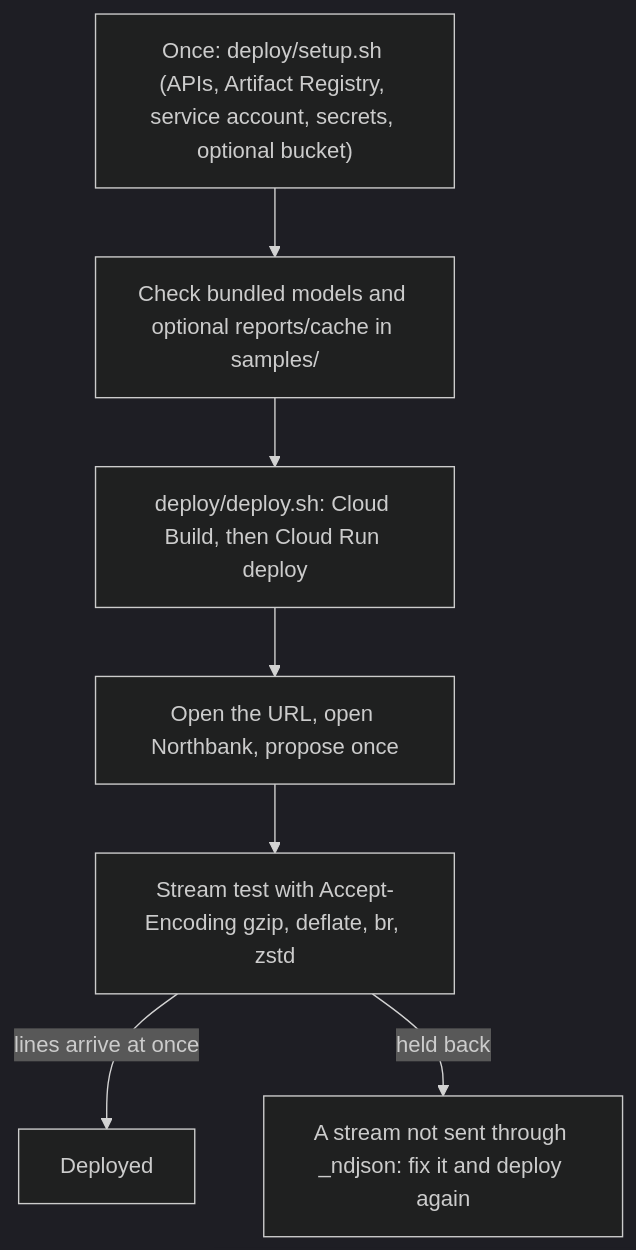
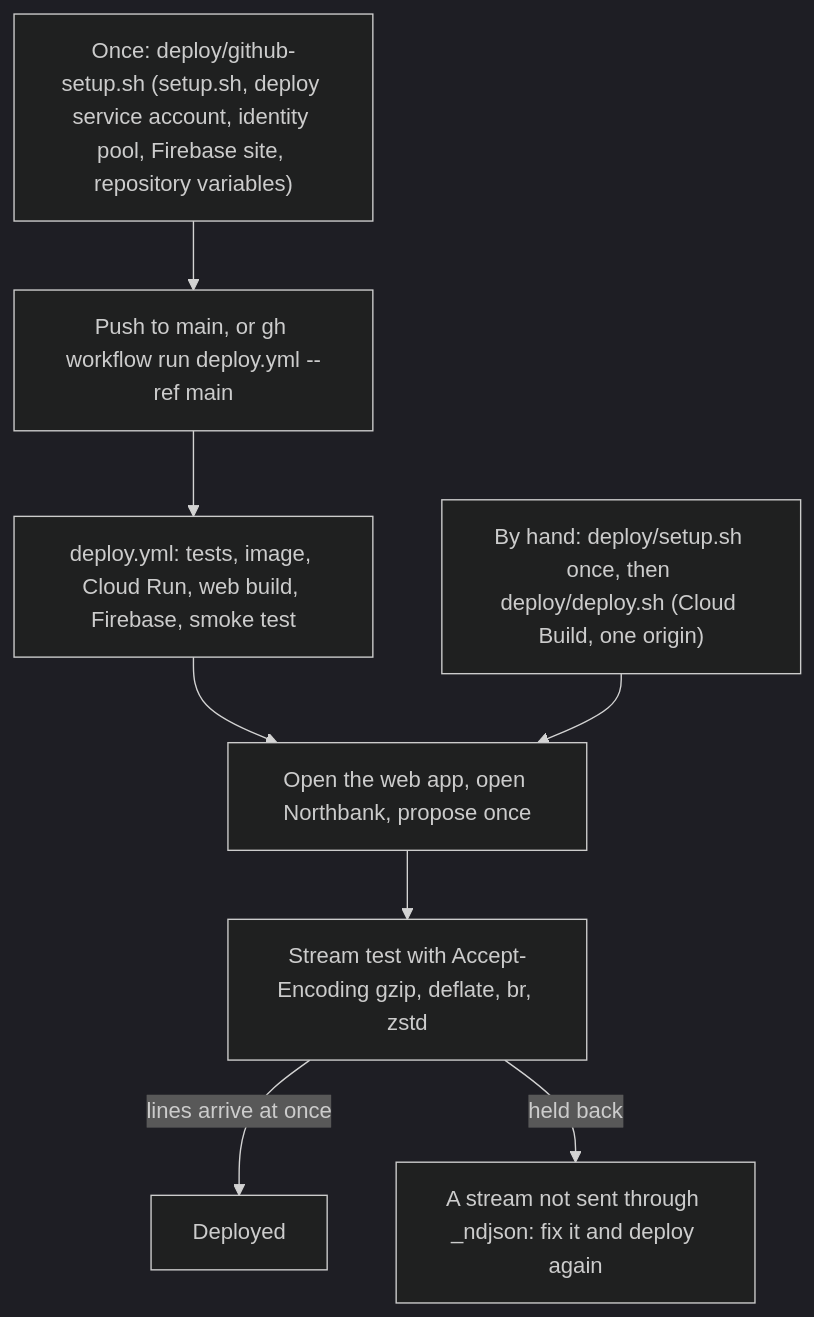
The third of 3 diagrams in docs/architecture/17-deployment-and-operations.md (Saravana-Rajan/IRIS), drawn with Mermaid (dark theme) before and after one commit. The commit also changed other lines of this file and 36 other files, not shown here.

First line of the commit message:
Auto-deploy: push to main deploys FastAPI to Cloud Run (iris-api) and React to Firebase Hosting

````diff
--- a/docs/architecture/17-deployment-and-operations.md
+++ b/docs/architecture/17-deployment-and-operations.md
@@ -168,9 +331,10 @@
 ```mermaid
 flowchart TD
-  setup["Once: deploy/setup.sh (APIs, Artifact Registry, service account, secrets, optional bucket)"] --> samples["Check bundled models and optional reports/cache in samples/"]
-  samples --> deploy["deploy/deploy.sh: Cloud Build, then Cloud Run deploy"]
-  deploy --> check["Open the URL, open Northbank, propose once"]
+  once["Once: deploy/github-setup.sh (setup.sh, deploy service account, identity pool, Firebase site, repository variables)"] --> push["Push to main, or gh workflow run deploy.yml --ref main"]
+  push --> pipeline["deploy.yml: tests, image, Cloud Run, web build, Firebase, smoke test"]
+  pipeline --> check["Open the web app, open Northbank, propose once"]
+  hand["By hand: deploy/setup.sh once, then deploy/deploy.sh (Cloud Build, one origin)"] --> check
   check --> stream["Stream test with Accept-Encoding gzip, deflate, br, zstd"]
   stream -->|"lines arrive at once"| ok["Deployed"]
   stream -->|"held back"| fix["A stream not sent through _ndjson: fix it and deploy again"]
 ```
````
